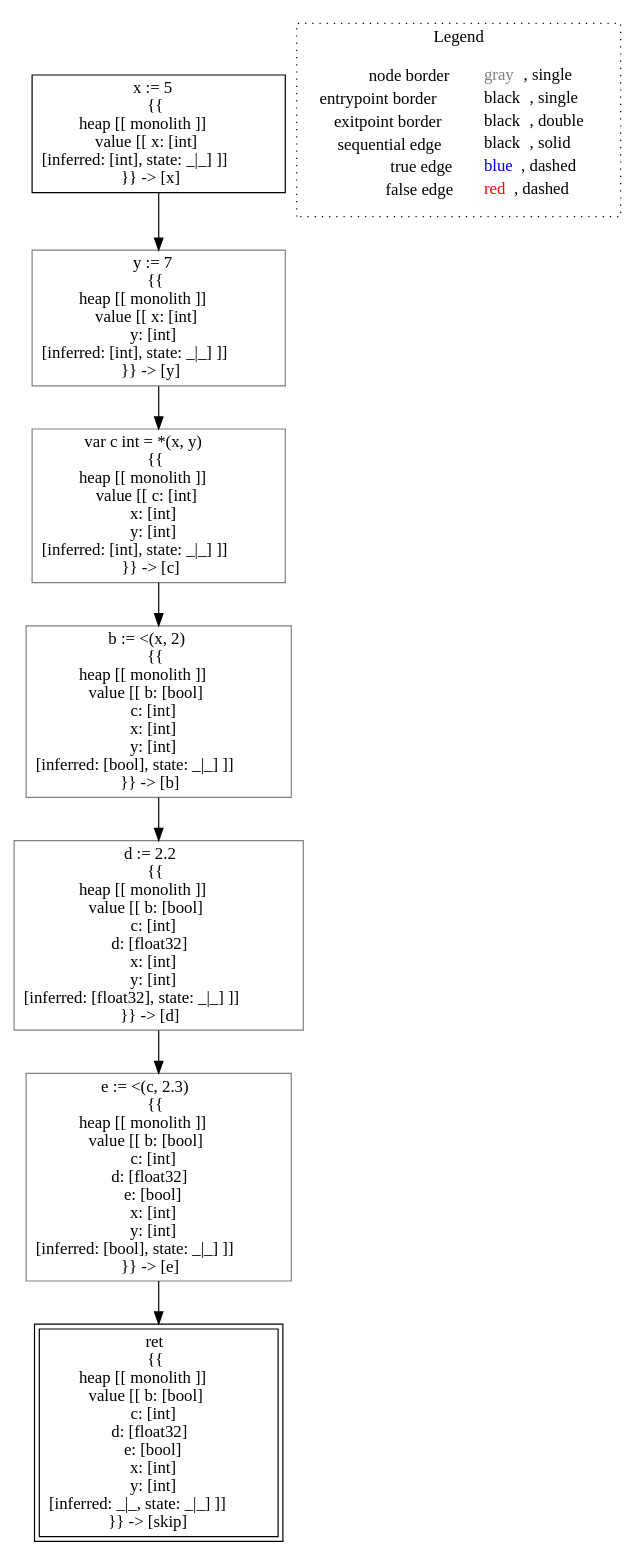
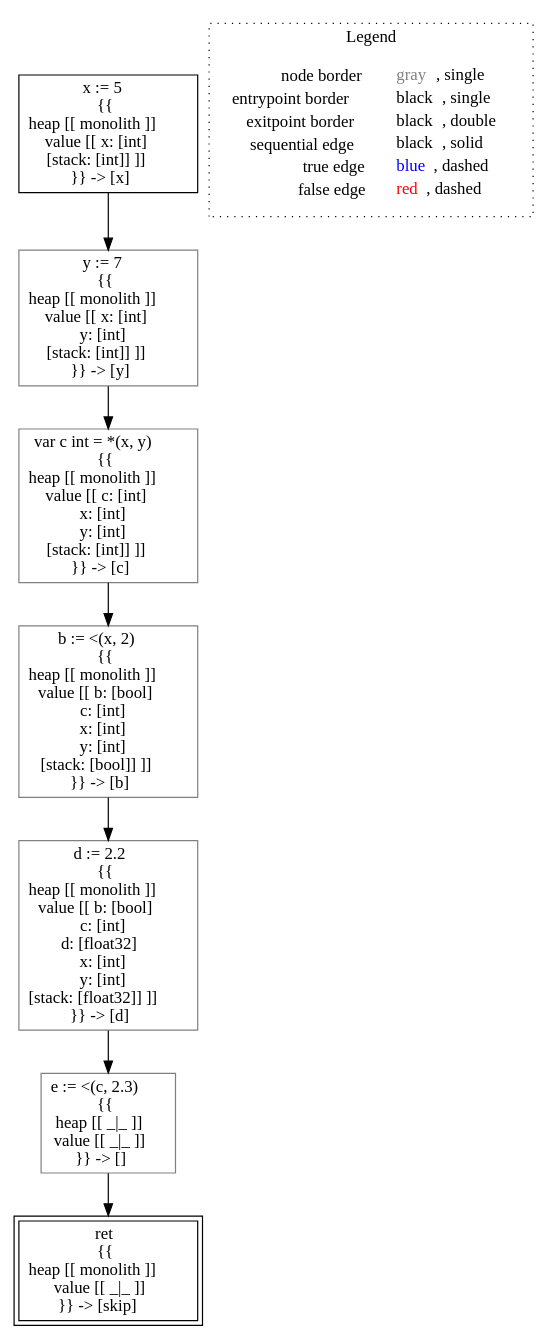
The diagram in go-lisa/go-testcases/typing/typing___untyped_main.relTyping().dot (lisa-analyzer/go-lisa), drawn with Graphviz before and after one commit. The commit also changed 63 other files, not shown here.

```diff
--- a/go-lisa/go-testcases/typing/typing___untyped_main.relTyping().dot
+++ b/go-lisa/go-testcases/typing/typing___untyped_main.relTyping().dot
@@ -1,22 +1,22 @@
 digraph {
-	"node0" [shape="rect",color="black",label=<x := 5<BR/>{{<BR/>heap [[ monolith ]]<BR/>value [[ x: [int]<BR/>[inferred: [int], state: _|_] ]]<BR/>}} -&gt; [x]>];
-	"node1" [shape="rect",color="gray",label=<y := 7<BR/>{{<BR/>heap [[ monolith ]]<BR/>value [[ x: [int]<BR/>y: [int]<BR/>[inferred: [int], state: _|_] ]]<BR/>}} -&gt; [y]>];
-	"node2" [shape="rect",color="gray",label=<e := &lt;(c, 2.3)<BR/>{{<BR/>heap [[ monolith ]]<BR/>value [[ b: [bool]<BR/>c: [int]<BR/>d: [float32]<BR/>e: [bool]<BR/>x: [int]<BR/>y: [int]<BR/>[inferred: [bool], state: _|_] ]]<BR/>}} -&gt; [e]>];
-	"node3" [shape="rect",color="black",peripheries="2",label=<ret<BR/>{{<BR/>heap [[ monolith ]]<BR/>value [[ b: [bool]<BR/>c: [int]<BR/>d: [float32]<BR/>e: [bool]<BR/>x: [int]<BR/>y: [int]<BR/>[inferred: _|_, state: _|_] ]]<BR/>}} -&gt; [skip]>];
-	"node4" [shape="rect",color="gray",label=<var c int = *(x, y)<BR/>{{<BR/>heap [[ monolith ]]<BR/>value [[ c: [int]<BR/>x: [int]<BR/>y: [int]<BR/>[inferred: [int], state: _|_] ]]<BR/>}} -&gt; [c]>];
-	"node5" [shape="rect",color="gray",label=<d := 2.2<BR/>{{<BR/>heap [[ monolith ]]<BR/>value [[ b: [bool]<BR/>c: [int]<BR/>d: [float32]<BR/>x: [int]<BR/>y: [int]<BR/>[inferred: [float32], state: _|_] ]]<BR/>}} -&gt; [d]>];
-	"node6" [shape="rect",color="gray",label=<b := &lt;(x, 2)<BR/>{{<BR/>heap [[ monolith ]]<BR/>value [[ b: [bool]<BR/>c: [int]<BR/>x: [int]<BR/>y: [int]<BR/>[inferred: [bool], state: _|_] ]]<BR/>}} -&gt; [b]>];
-	"node1" -> "node4" [color="black"];
-	"node2" -> "node3" [color="black"];
-	"node4" -> "node6" [color="black"];
-	"node0" -> "node1" [color="black"];
-	"node5" -> "node2" [color="black"];
-	"node6" -> "node5" [color="black"];
+	"node0" [shape="rect",color="black",label=<x := 5<BR/>{{<BR/>heap [[ monolith ]]<BR/>value [[ x: [int]<BR/>[stack: [int]] ]]<BR/>}} -&gt; [x]>];
+	"node1" [shape="rect",color="gray",label=<d := 2.2<BR/>{{<BR/>heap [[ monolith ]]<BR/>value [[ b: [bool]<BR/>c: [int]<BR/>d: [float32]<BR/>x: [int]<BR/>y: [int]<BR/>[stack: [float32]] ]]<BR/>}} -&gt; [d]>];
+	"node2" [shape="rect",color="black",peripheries="2",label=<ret<BR/>{{<BR/>heap [[ monolith ]]<BR/>value [[ _|_ ]]<BR/>}} -&gt; [skip]>];
+	"node3" [shape="rect",color="gray",label=<y := 7<BR/>{{<BR/>heap [[ monolith ]]<BR/>value [[ x: [int]<BR/>y: [int]<BR/>[stack: [int]] ]]<BR/>}} -&gt; [y]>];
+	"node4" [shape="rect",color="gray",label=<b := &lt;(x, 2)<BR/>{{<BR/>heap [[ monolith ]]<BR/>value [[ b: [bool]<BR/>c: [int]<BR/>x: [int]<BR/>y: [int]<BR/>[stack: [bool]] ]]<BR/>}} -&gt; [b]>];
+	"node5" [shape="rect",color="gray",label=<var c int = *(x, y)<BR/>{{<BR/>heap [[ monolith ]]<BR/>value [[ c: [int]<BR/>x: [int]<BR/>y: [int]<BR/>[stack: [int]] ]]<BR/>}} -&gt; [c]>];
+	"node6" [shape="rect",color="gray",label=<e := &lt;(c, 2.3)<BR/>{{<BR/>heap [[ _|_ ]]<BR/>value [[ _|_ ]]<BR/>}} -&gt; []>];
+	"node1" -> "node6" [color="black"];
+	"node3" -> "node5" [color="black"];
+	"node0" -> "node3" [color="black"];
+	"node4" -> "node1" [color="black"];
+	"node5" -> "node4" [color="black"];
+	"node6" -> "node2" [color="black"];
 subgraph cluster_legend {
 	label="Legend";
 	style=dotted;
 	node [shape=plaintext];
 	"legend" [label=<<table border="0" cellpadding="2" cellspacing="0" cellborder="0"><tr><td align="right">node border&nbsp;</td><td align="left"><font color="gray">gray</font>, single</td></tr><tr><td align="right">entrypoint border&nbsp;</td><td align="left"><font color="black">black</font>, single</td></tr><tr><td align="right">exitpoint border&nbsp;</td><td align="left"><font color="black">black</font>, double</td></tr><tr><td align="right">sequential edge&nbsp;</td><td align="left"><font color="black">black</font>, solid</td></tr><tr><td align="right">true edge&nbsp;</td><td align="left"><font color="blue">blue</font>, dashed</td></tr><tr><td align="right">false edge&nbsp;</td><td align="left"><font color="red">red</font>, dashed</td></tr></table>>];
 }
 
 }
```
